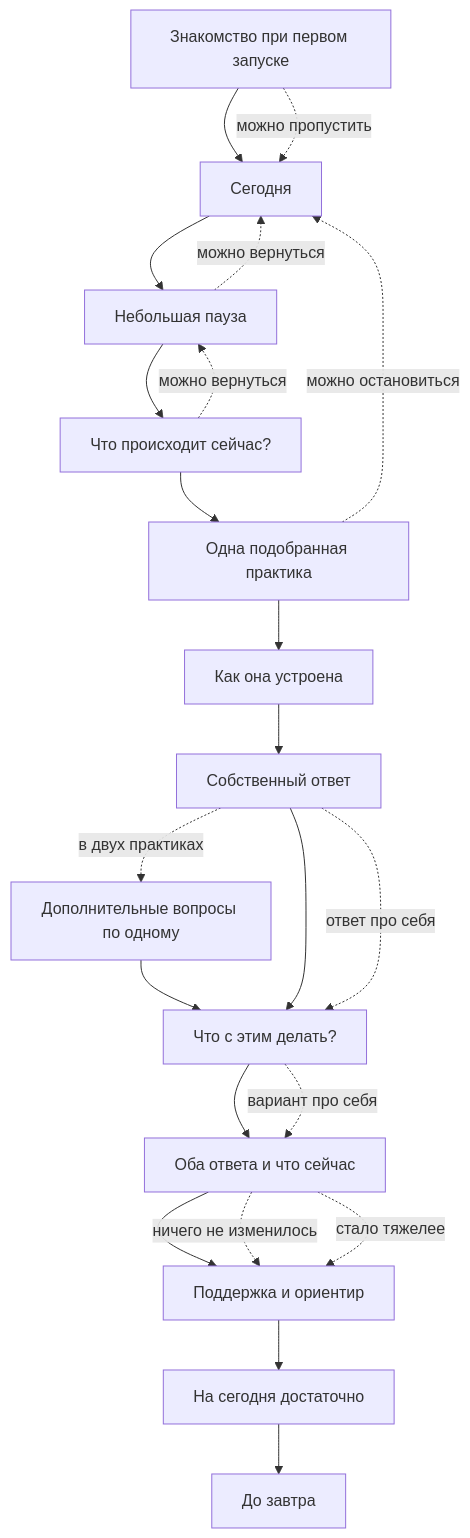
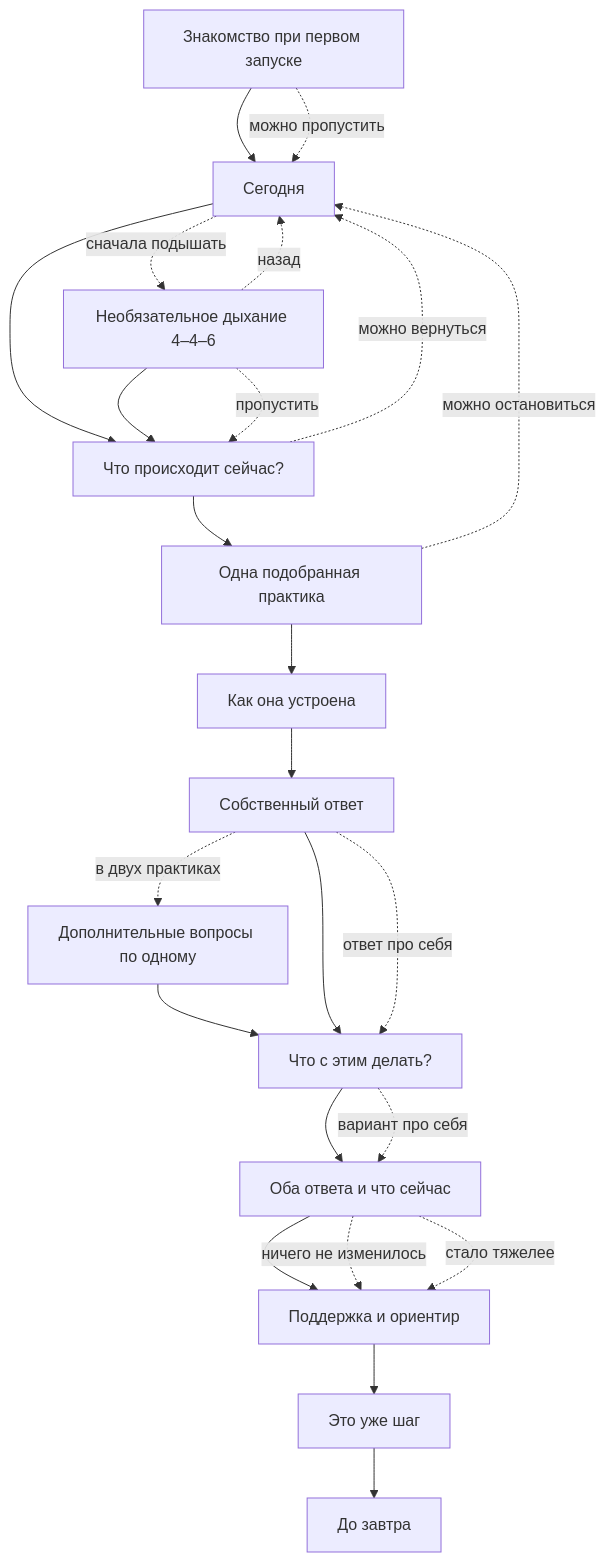
One commit to anisimoffm-ship-it/opora-daily-practice changed the diagram in docs/product-redesign-daily-ritual.md. Above: the diagram before and after it, drawn with Mermaid. The commit also changed other lines of this file and 63 other files, not shown here.

Commit message:
feat: refresh theme and ritual entry flow

````diff
--- a/docs/product-redesign-daily-ritual.md
+++ b/docs/product-redesign-daily-ritual.md
@@ -61,25 +61,27 @@
 ```mermaid
 flowchart TD
     O[Знакомство при первом запуске] --> A
-    A[Сегодня] --> B[Небольшая пауза]
-    B --> C[Что происходит сейчас?]
+    A[Сегодня] --> C[Что происходит сейчас?]
+    A -. сначала подышать .-> B[Необязательное дыхание 4–4–6]
+    B --> C
     C --> D[Одна подобранная практика]
     D --> E[Как она устроена]
     E --> F[Собственный ответ]
     F -. в двух практиках .-> F2[Дополнительные вопросы по одному]
     F2 --> G[Что с этим делать?]
     F --> G
     G --> H[Оба ответа и что сейчас]
     H --> I[Поддержка и ориентир]
-    I --> J[На сегодня достаточно]
+    I --> J[Это уже шаг]
     J --> K[До завтра]
 
-    B -. можно вернуться .-> A
-    C -. можно вернуться .-> B
+    B -. назад .-> A
+    B -. пропустить .-> C
+    C -. можно вернуться .-> A
     D -. можно остановиться .-> A
     F -. ответ про себя .-> G
     G -. вариант про себя .-> H
     H -. ничего не изменилось .-> I
     H -. стало тяжелее .-> I
     O -. можно пропустить .-> A
 ```
````
